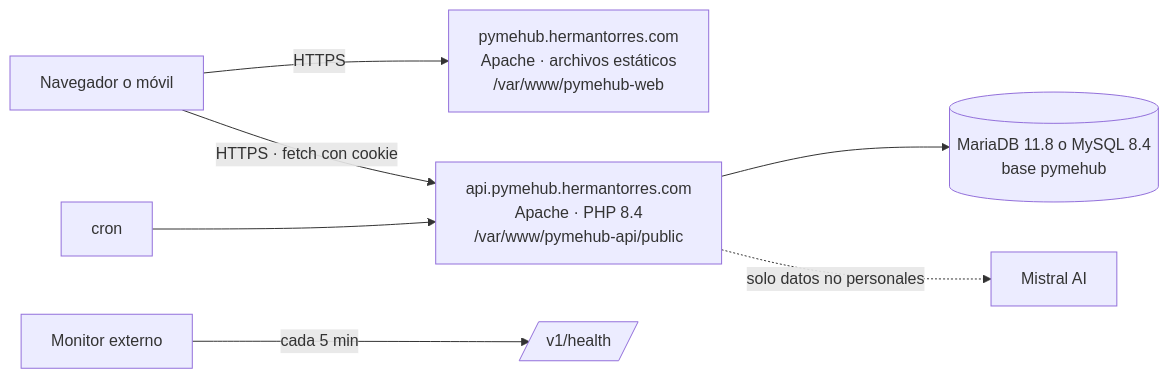
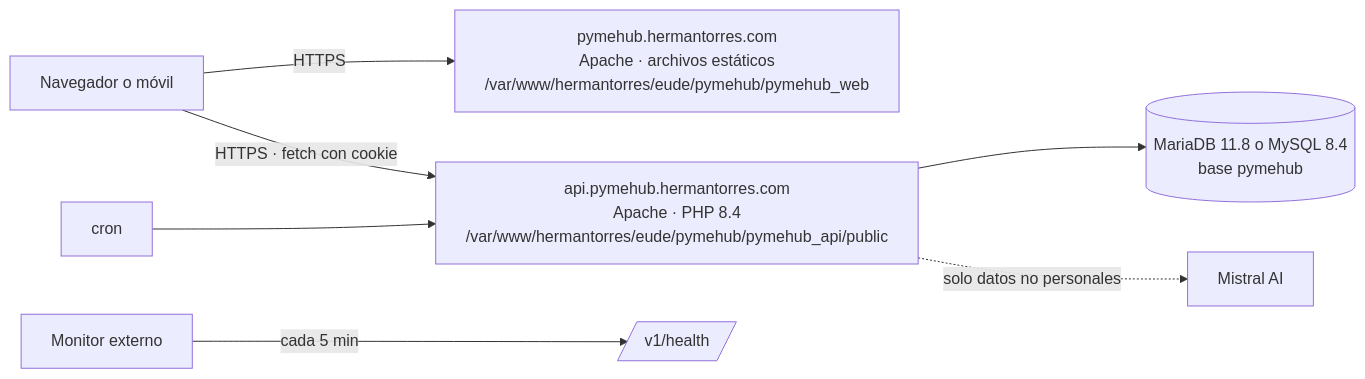
The diagram in docs/manuales/01_MANUAL_DESPLIEGUE.md (hermantorreshyo/pymehub_api), drawn with Mermaid before and after one commit. The commit also changed other lines of this file and 7 other files, not shown here.

First line of the commit message:
fix: rutas de producción en /var/www/hermantorres/eude/pymehub (v0.3.2)

````diff
--- a/docs/manuales/01_MANUAL_DESPLIEGUE.md
+++ b/docs/manuales/01_MANUAL_DESPLIEGUE.md
@@ -35,9 +43,9 @@
 ```mermaid
 flowchart LR
-    U[Navegador o móvil] -->|HTTPS| W[pymehub.hermantorres.com<br/>Apache · archivos estáticos<br/>/var/www/pymehub-web]
-    U -->|HTTPS · fetch con cookie| A[api.pymehub.hermantorres.com<br/>Apache · PHP 8.4<br/>/var/www/pymehub-api/public]
+    U[Navegador o móvil] -->|HTTPS| W[pymehub.hermantorres.com<br/>Apache · archivos estáticos<br/>/var/www/hermantorres/eude/pymehub/pymehub_web]
+    U -->|HTTPS · fetch con cookie| A[api.pymehub.hermantorres.com<br/>Apache · PHP 8.4<br/>/var/www/hermantorres/eude/pymehub/pymehub_api/public]
     A --> D[(MariaDB 11.8 o MySQL 8.4<br/>base pymehub)]
     A -. solo datos no personales .-> M[Mistral AI]
     C[cron] --> A
     UR[Monitor externo] -->|cada 5 min| H[/v1/health/]
 ```
````
